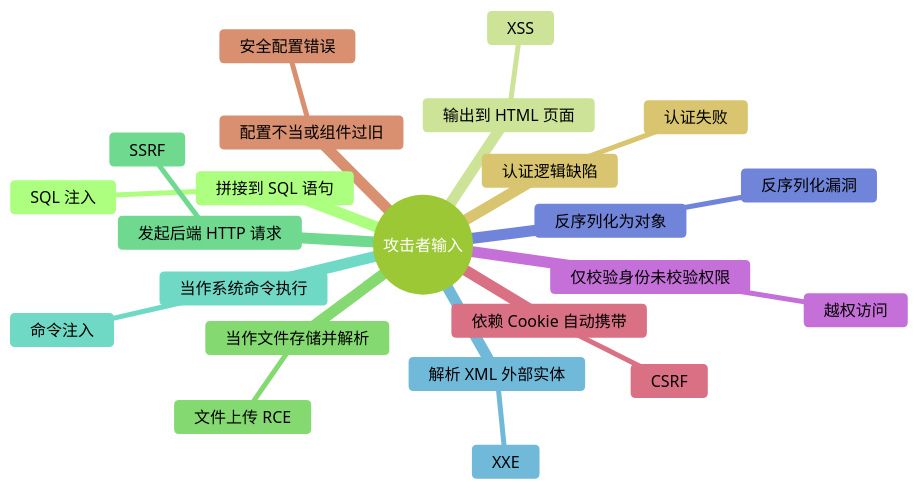
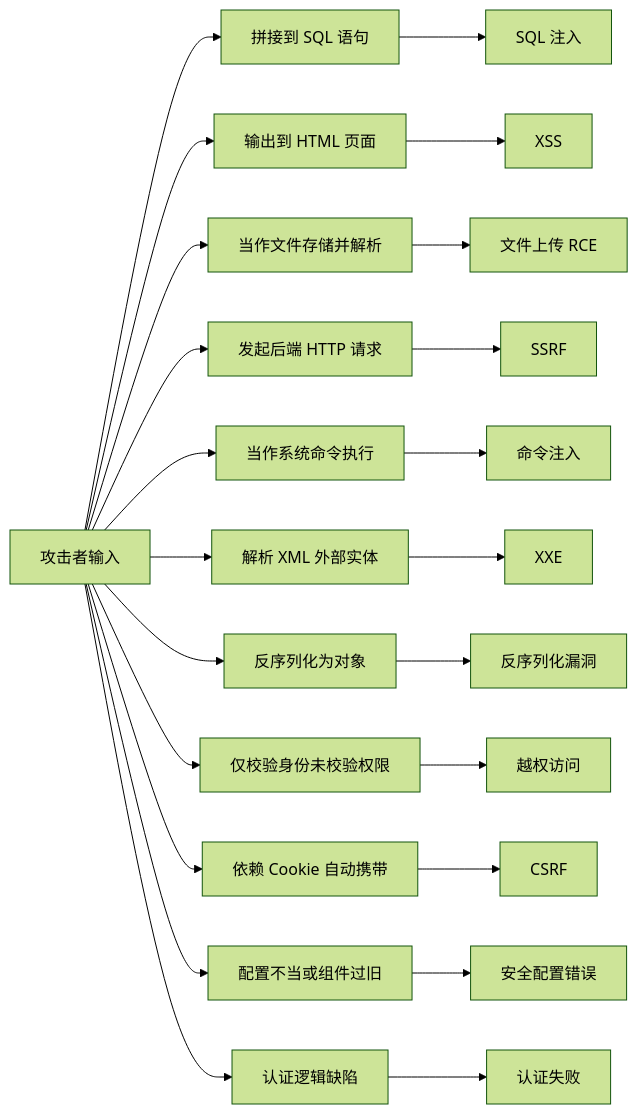
The first of 11 diagrams in src/content/blog/web-security-interview-notes.md (J1syan/J1syan.github.io), drawn with Mermaid (forest theme) before and after one commit.

Commit message:
fix: 将全景图从 mindmap 改为 graph LR，确保稳定渲染
mindmap 在某些 Mermaid 版本中兼容性不佳，改为简单的两层 graph 结构

🤖 Generated with [Qoder][https://qoder.com]

````diff
--- a/src/content/blog/web-security-interview-notes.md
+++ b/src/content/blog/web-security-interview-notes.md
@@ -17,26 +17,26 @@
 ```mermaid
-mindmap
-  root((攻击者输入))
-    拼接到 SQL 语句
-      SQL 注入
-    输出到 HTML 页面
-      XSS
-    当作文件存储并解析
-      文件上传 RCE
-    发起后端 HTTP 请求
-      SSRF
-    当作系统命令执行
-      命令注入
-    解析 XML 外部实体
-      XXE
-    反序列化为对象
-      反序列化漏洞
-    仅校验身份未校验权限
-      越权访问
-    依赖 Cookie 自动携带
-      CSRF
-    配置不当或组件过旧
-      安全配置错误
-    认证逻辑缺陷
-      认证失败
+graph LR
+    A["攻击者输入"] --> B["拼接到 SQL 语句"]
+    A --> C["输出到 HTML 页面"]
+    A --> D["当作文件存储并解析"]
+    A --> E["发起后端 HTTP 请求"]
+    A --> F["当作系统命令执行"]
+    A --> G["解析 XML 外部实体"]
+    A --> H["反序列化为对象"]
+    A --> I["仅校验身份未校验权限"]
+    A --> J["依赖 Cookie 自动携带"]
+    A --> K["配置不当或组件过旧"]
+    A --> L["认证逻辑缺陷"]
+
+    B --> M["SQL 注入"]
+    C --> N["XSS"]
+    D --> O["文件上传 RCE"]
+    E --> P["SSRF"]
+    F --> Q["命令注入"]
+    G --> R["XXE"]
+    H --> S["反序列化漏洞"]
+    I --> T["越权访问"]
+    J --> U["CSRF"]
+    K --> V["安全配置错误"]
+    L --> W["认证失败"]
 ```
````
